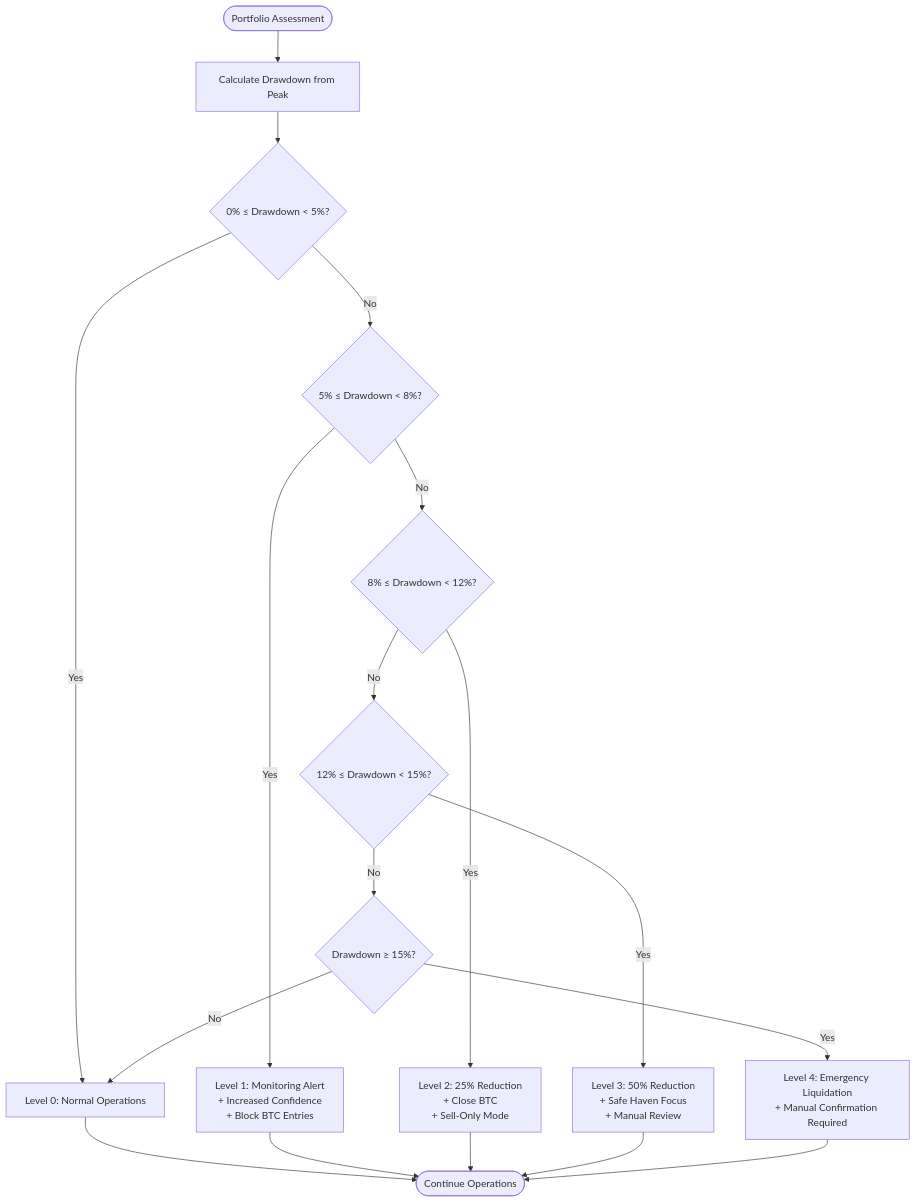
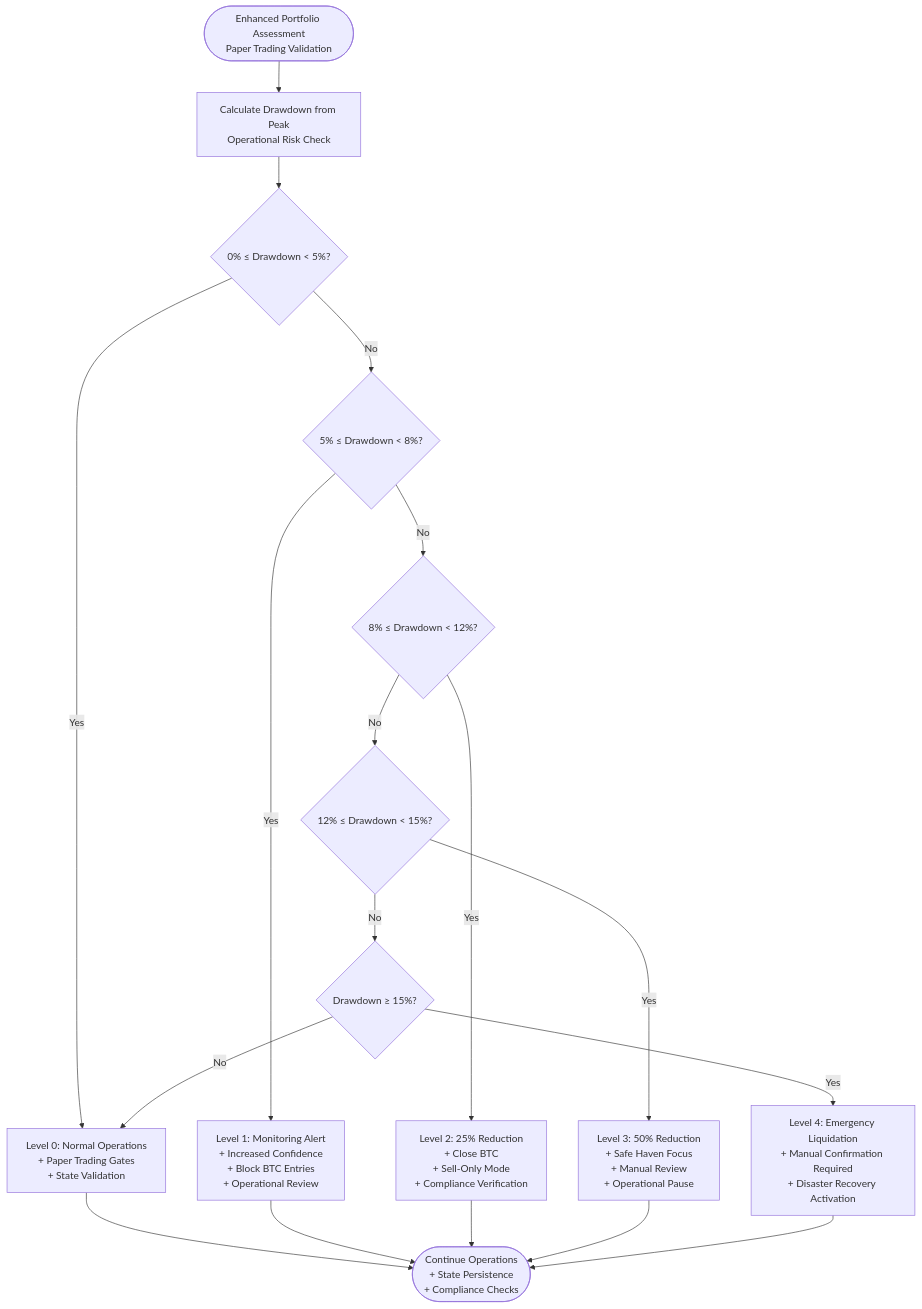
The third of 8 diagrams in .qoder/repowiki/en/content/Risk Management System.md (guofeng201507/shark-quant-trader), drawn with Mermaid before and after one commit. The commit also changed other lines of this file and 14 other files, not shown here.

````diff
--- a/.qoder/repowiki/en/content/Risk Management System.md
+++ b/.qoder/repowiki/en/content/Risk Management System.md
@@ -203,20 +259,20 @@
 ```mermaid
 flowchart TD
-Start(["Portfolio Assessment"]) --> DD["Calculate Drawdown from Peak"]
+Start(["Enhanced Portfolio Assessment<br/>Paper Trading Validation"]) --> DD["Calculate Drawdown from Peak<br/>Operational Risk Check"]
 DD --> Check1{"0% ≤ Drawdown < 5%?"}
-Check1 --> |Yes| Level0["Level 0: Normal Operations"]
+Check1 --> |Yes| Level0["Level 0: Normal Operations<br/>+ Paper Trading Gates<br/>+ State Validation"]
 Check1 --> |No| Check2{"5% ≤ Drawdown < 8%?"}
-Check2 --> |Yes| Level1["Level 1: Monitoring Alert<br/>+ Increased Confidence<br/>+ Block BTC Entries"]
+Check2 --> |Yes| Level1["Level 1: Monitoring Alert<br/>+ Increased Confidence<br/>+ Block BTC Entries<br/>+ Operational Review"]
 Check2 --> |No| Check3{"8% ≤ Drawdown < 12%?"}
-Check3 --> |Yes| Level2["Level 2: 25% Reduction<br/>+ Close BTC<br/>+ Sell-Only Mode"]
+Check3 --> |Yes| Level2["Level 2: 25% Reduction<br/>+ Close BTC<br/>+ Sell-Only Mode<br/>+ Compliance Verification"]
 Check3 --> |No| Check4{"12% ≤ Drawdown < 15%?"}
-Check4 --> |Yes| Level3["Level 3: 50% Reduction<br/>+ Safe Haven Focus<br/>+ Manual Review"]
+Check4 --> |Yes| Level3["Level 3: 50% Reduction<br/>+ Safe Haven Focus<br/>+ Manual Review<br/>+ Operational Pause"]
 Check4 --> |No| Check5{"Drawdown ≥ 15%?"}
-Check5 --> |Yes| Level4["Level 4: Emergency Liquidation<br/>+ Manual Confirmation Required"]
+Check5 --> |Yes| Level4["Level 4: Emergency Liquidation<br/>+ Manual Confirmation Required<br/>+ Disaster Recovery Activation"]
 Check5 --> |No| Level0
-Level0 --> End(["Continue Operations"])
+Level0 --> End(["Continue Operations<br/>+ State Persistence<br/>+ Compliance Checks"])
 Level1 --> End
 Level2 --> End
 Level3 --> End
 Level4 --> End
 ```
````
